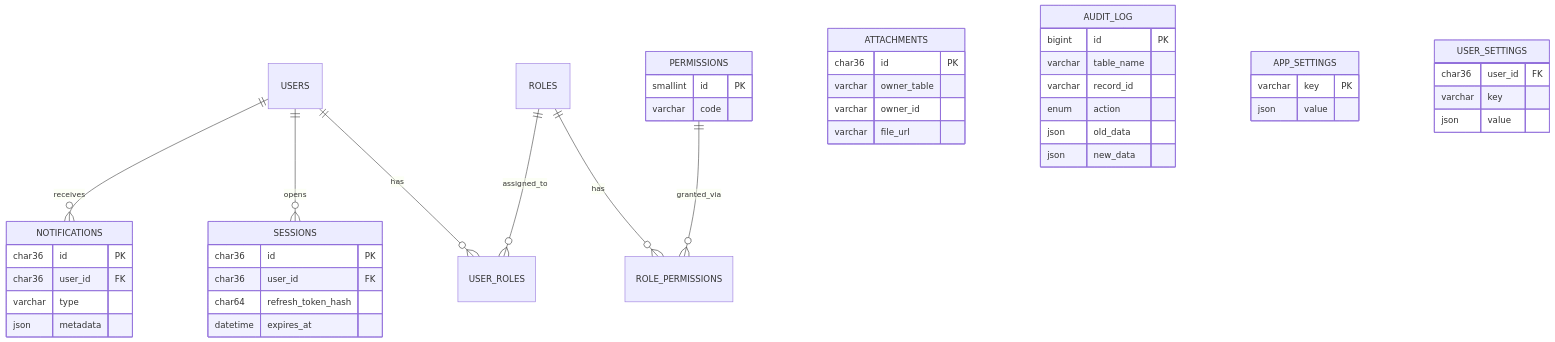
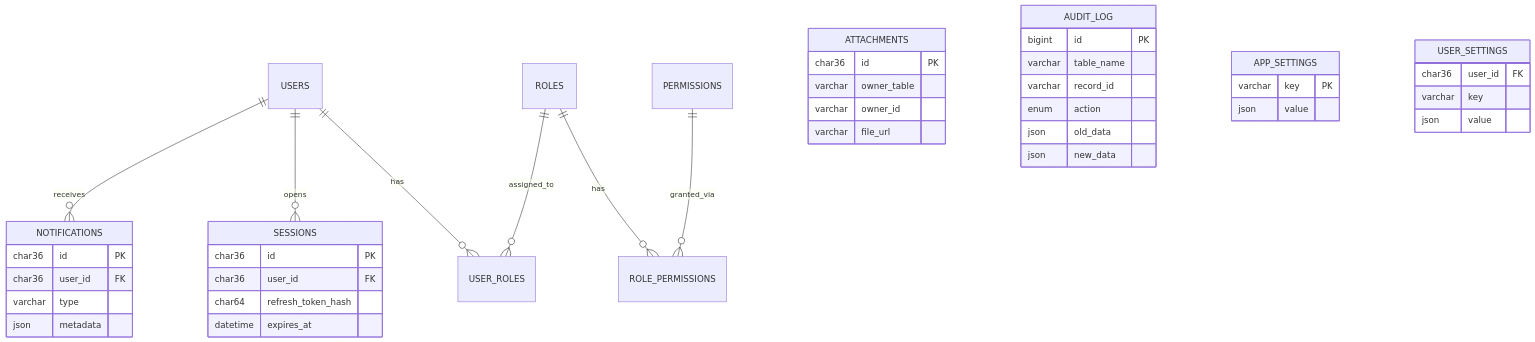
The diagram in docs/ERD.md (NietoDeveloper/MySQL_DataBase), drawn with Mermaid before and after one commit.

````diff
--- a/docs/ERD.md
+++ b/docs/ERD.md
@@ -3,56 +3,51 @@
 ```mermaid
 erDiagram
     USERS ||--o{ USER_ROLES : has
     ROLES ||--o{ USER_ROLES : assigned_to
     ROLES ||--o{ ROLE_PERMISSIONS : has
     PERMISSIONS ||--o{ ROLE_PERMISSIONS : granted_via
     USERS ||--o{ SESSIONS : opens
     USERS ||--o{ NOTIFICATIONS : receives
 
-
-    PERMISSIONS {
-        smallint id PK
-        varchar code
-    }
 
     SESSIONS {
         char36 id PK
         char36 user_id FK
         char64 refresh_token_hash
         datetime expires_at
     }
 
     ATTACHMENTS {
         char36 id PK
         varchar owner_table
         varchar owner_id
         varchar file_url
     }
 
     NOTIFICATIONS {
         char36 id PK
         char36 user_id FK
         varchar type
         json metadata
     }
 
     AUDIT_LOG {
         bigint id PK
         varchar table_name
         varchar record_id
         enum action
         json old_data
         json new_data
     }
 
     APP_SETTINGS {
         varchar key PK
         json value
     }
 
     USER_SETTINGS {
         char36 user_id FK
         varchar key
         json value
     }
 ```
````
